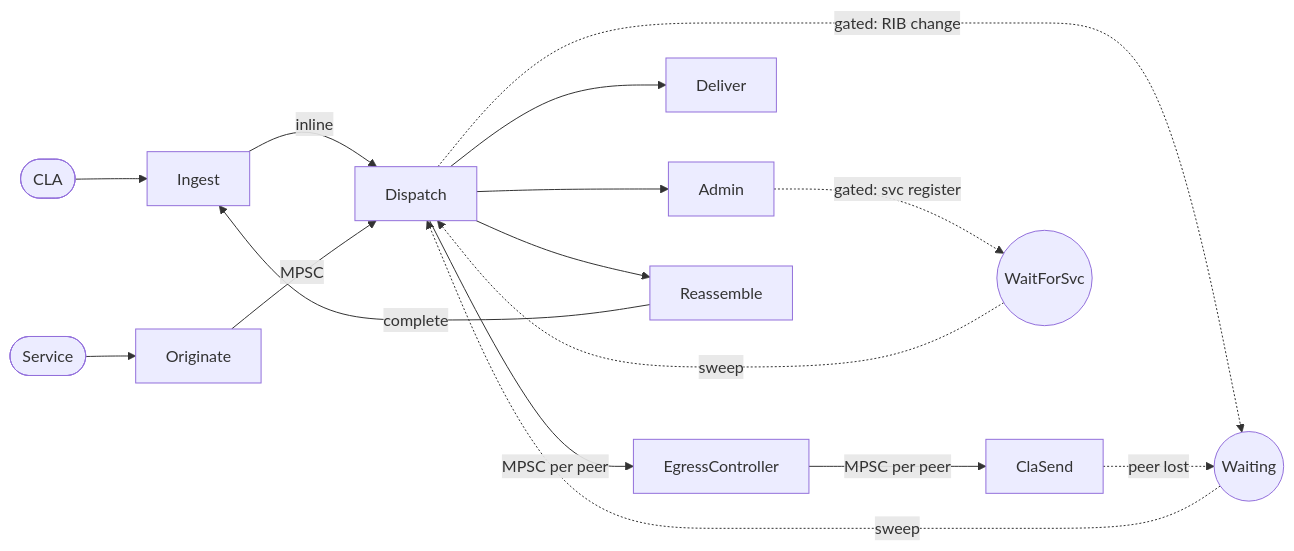
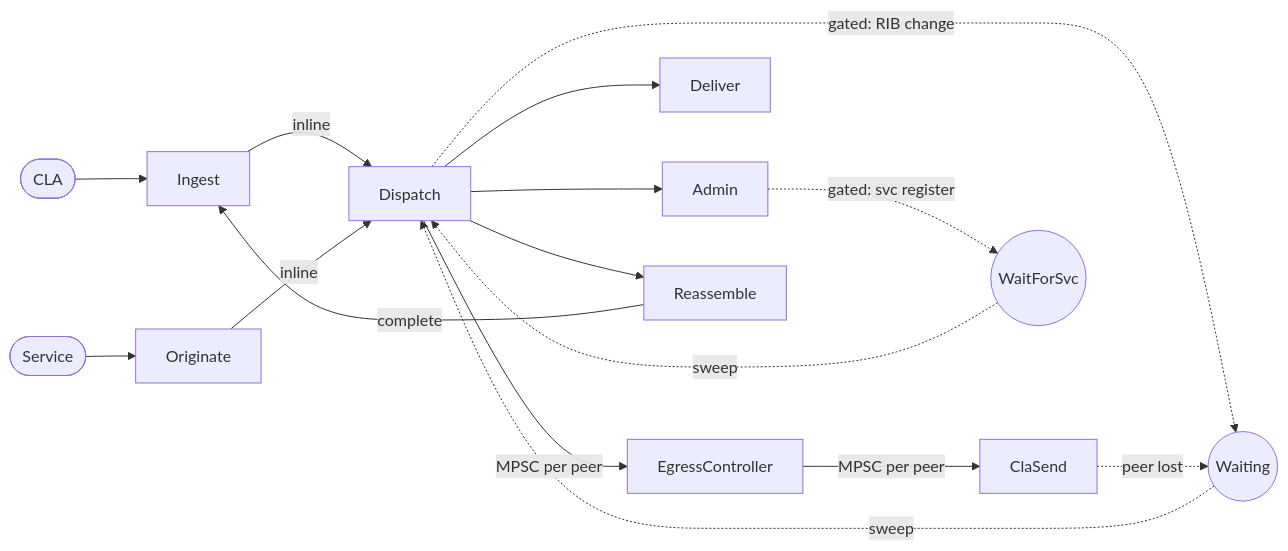
Before and after one commit to ricktaylor/hardy: the diagram in bpa/docs/queue_architecture.md, drawn with Mermaid. The commit also changed other lines of this file and 10 other files, not shown here.

````diff
--- a/bpa/docs/queue_architecture.md
+++ b/bpa/docs/queue_architecture.md
@@ -9,18 +9,18 @@
 ```mermaid
 graph LR
     CLA([CLA]) --> Ingest[Ingest]
     Service([Service]) --> Originate[Originate]
     Ingest -->|inline| Dispatch[Dispatch]
-    Originate -->|MPSC| Dispatch
+    Originate -->|inline| Dispatch
     Dispatch -->|MPSC per peer| EgressCtl[EgressController]
     EgressCtl -->|MPSC per peer| ClaSend[ClaSend]
     Dispatch --> Deliver[Deliver]
     Dispatch --> Admin[Admin]
     Dispatch --> Reassemble[Reassemble]
     Dispatch -.->|gated: RIB change| Waiting((Waiting))
     Waiting -.->|sweep| Dispatch
     Admin -.->|gated: svc register| WFS((WaitForSvc))
     WFS -.->|sweep| Dispatch
     ClaSend -.->|peer lost| Waiting
     Reassemble -->|complete| Ingest
 ```
````
